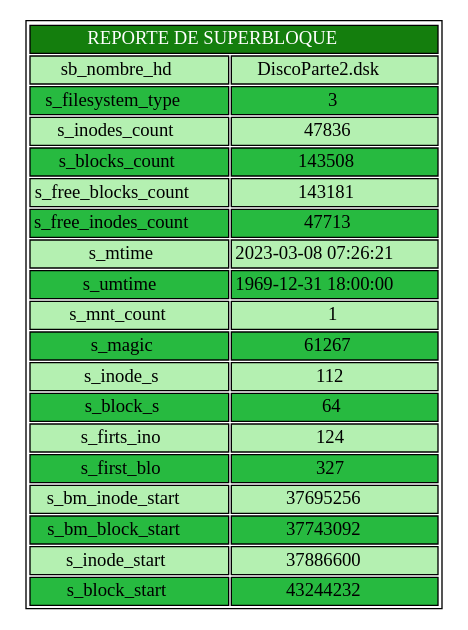
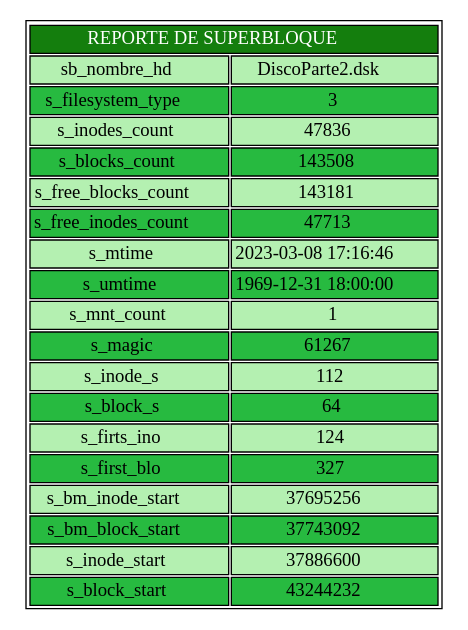
The diagram in Proyecto/cmake-build-debug/rep.dot (diegomazariegos2002/_MIA1S2023_PROYECTO1), drawn with Graphviz before and after one commit. The commit also changed 11 other files, not shown here.

```diff
--- a/Proyecto/cmake-build-debug/rep.dot
+++ b/Proyecto/cmake-build-debug/rep.dot
@@ -1,4 +1,4 @@
 digraph G {
 node[shape=none]
-start[label=<<table><tr><td colspan="2" bgcolor="#147e0d"><font color="white">REPORTE DE SUPERBLOQUE</font></td></tr><tr><td bgcolor="#b4f0b1">sb_nombre_hd</td><td bgcolor="#b4f0b1">DiscoParte2.dsk</td>)</tr><tr><td bgcolor="#27ba40">s_filesystem_type</td><td bgcolor="#27ba40">3</td>)</tr><tr><td bgcolor="#b4f0b1">s_inodes_count</td><td bgcolor="#b4f0b1">47836</td>)</tr><tr><td bgcolor="#27ba40">s_blocks_count</td><td bgcolor="#27ba40">143508</td>)</tr><tr><td bgcolor="#b4f0b1">s_free_blocks_count</td><td bgcolor="#b4f0b1">143181</td>)</tr><tr><td bgcolor="#27ba40">s_free_inodes_count</td><td bgcolor="#27ba40">47713</td>)</tr><tr><td bgcolor="#b4f0b1">s_mtime</td><td bgcolor="#b4f0b1">2023-03-08 07:26:21</td>)</tr><tr><td bgcolor="#27ba40">s_umtime</td><td bgcolor="#27ba40">1969-12-31 18:00:00</td>)</tr><tr><td bgcolor="#b4f0b1">s_mnt_count</td><td bgcolor="#b4f0b1">1</td>)</tr><tr><td bgcolor="#27ba40">s_magic</td><td bgcolor="#27ba40">61267</td>)</tr><tr><td bgcolor="#b4f0b1">s_inode_s</td><td bgcolor="#b4f0b1">112</td>)</tr><tr><td bgcolor="#27ba40">s_block_s</td><td bgcolor="#27ba40">64</td>)</tr><tr><td bgcolor="#b4f0b1">s_firts_ino</td><td bgcolor="#b4f0b1">124</td>)</tr><tr><td bgcolor="#27ba40">s_first_blo</td><td bgcolor="#27ba40">327</td>)</tr><tr><td bgcolor="#b4f0b1">s_bm_inode_start</td><td bgcolor="#b4f0b1">37695256</td>)</tr><tr><td bgcolor="#27ba40">s_bm_block_start</td><td bgcolor="#27ba40">37743092</td>)</tr><tr><td bgcolor="#b4f0b1">s_inode_start</td><td bgcolor="#b4f0b1">37886600</td>)</tr><tr><td bgcolor="#27ba40">s_block_start</td><td bgcolor="#27ba40">43244232</td>)</tr></table>>];
+start[label=<<table><tr><td colspan="2" bgcolor="#147e0d"><font color="white">REPORTE DE SUPERBLOQUE</font></td></tr><tr><td bgcolor="#b4f0b1">sb_nombre_hd</td><td bgcolor="#b4f0b1">DiscoParte2.dsk</td>)</tr><tr><td bgcolor="#27ba40">s_filesystem_type</td><td bgcolor="#27ba40">3</td>)</tr><tr><td bgcolor="#b4f0b1">s_inodes_count</td><td bgcolor="#b4f0b1">47836</td>)</tr><tr><td bgcolor="#27ba40">s_blocks_count</td><td bgcolor="#27ba40">143508</td>)</tr><tr><td bgcolor="#b4f0b1">s_free_blocks_count</td><td bgcolor="#b4f0b1">143181</td>)</tr><tr><td bgcolor="#27ba40">s_free_inodes_count</td><td bgcolor="#27ba40">47713</td>)</tr><tr><td bgcolor="#b4f0b1">s_mtime</td><td bgcolor="#b4f0b1">2023-03-08 17:16:46</td>)</tr><tr><td bgcolor="#27ba40">s_umtime</td><td bgcolor="#27ba40">1969-12-31 18:00:00</td>)</tr><tr><td bgcolor="#b4f0b1">s_mnt_count</td><td bgcolor="#b4f0b1">1</td>)</tr><tr><td bgcolor="#27ba40">s_magic</td><td bgcolor="#27ba40">61267</td>)</tr><tr><td bgcolor="#b4f0b1">s_inode_s</td><td bgcolor="#b4f0b1">112</td>)</tr><tr><td bgcolor="#27ba40">s_block_s</td><td bgcolor="#27ba40">64</td>)</tr><tr><td bgcolor="#b4f0b1">s_firts_ino</td><td bgcolor="#b4f0b1">124</td>)</tr><tr><td bgcolor="#27ba40">s_first_blo</td><td bgcolor="#27ba40">327</td>)</tr><tr><td bgcolor="#b4f0b1">s_bm_inode_start</td><td bgcolor="#b4f0b1">37695256</td>)</tr><tr><td bgcolor="#27ba40">s_bm_block_start</td><td bgcolor="#27ba40">37743092</td>)</tr><tr><td bgcolor="#b4f0b1">s_inode_start</td><td bgcolor="#b4f0b1">37886600</td>)</tr><tr><td bgcolor="#27ba40">s_block_start</td><td bgcolor="#27ba40">43244232</td>)</tr></table>>];
 }
```
